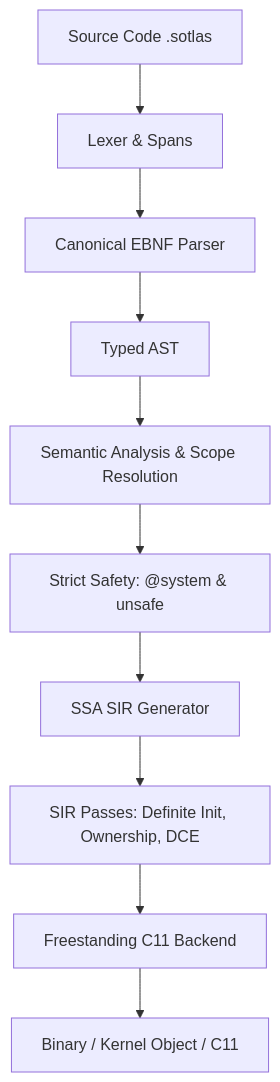
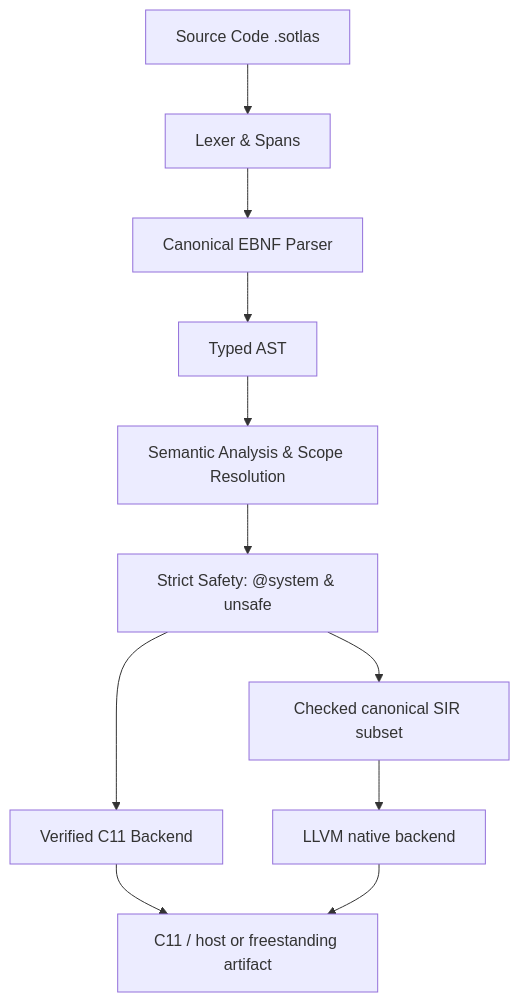
One commit to HPinho/sotlas_dev changed the diagram in README.md. Above: the diagram before and after it, drawn with Mermaid. The commit also changed other lines of this file and 16 other files, not shown here.

````diff
--- a/README.md
+++ b/README.md
@@ -132,12 +135,13 @@
 ```mermaid
 graph TD
     SRC[Source Code .sotlas] --> LEX[Lexer & Spans]
     LEX --> PARSE[Canonical EBNF Parser]
     PARSE --> AST[Typed AST]
     AST --> SEMA[Semantic Analysis & Scope Resolution]
     SEMA --> SAFETY[Strict Safety: @system & unsafe]
-    SAFETY --> SIR_GEN[SSA SIR Generator]
-    SIR_GEN --> SIR_PASSES[SIR Passes: Definite Init, Ownership, DCE]
-    SIR_PASSES --> CODEGEN[Freestanding C11 Backend]
-    CODEGEN --> OUT[Binary / Kernel Object / C11]
+    SAFETY --> C11[Verified C11 Backend]
+    SAFETY --> CSIR[Checked canonical SIR subset]
+    CSIR --> LLVM[LLVM native backend]
+    C11 --> OUT[ C11 / host or freestanding artifact ]
+    LLVM --> OUT
 ```
````
